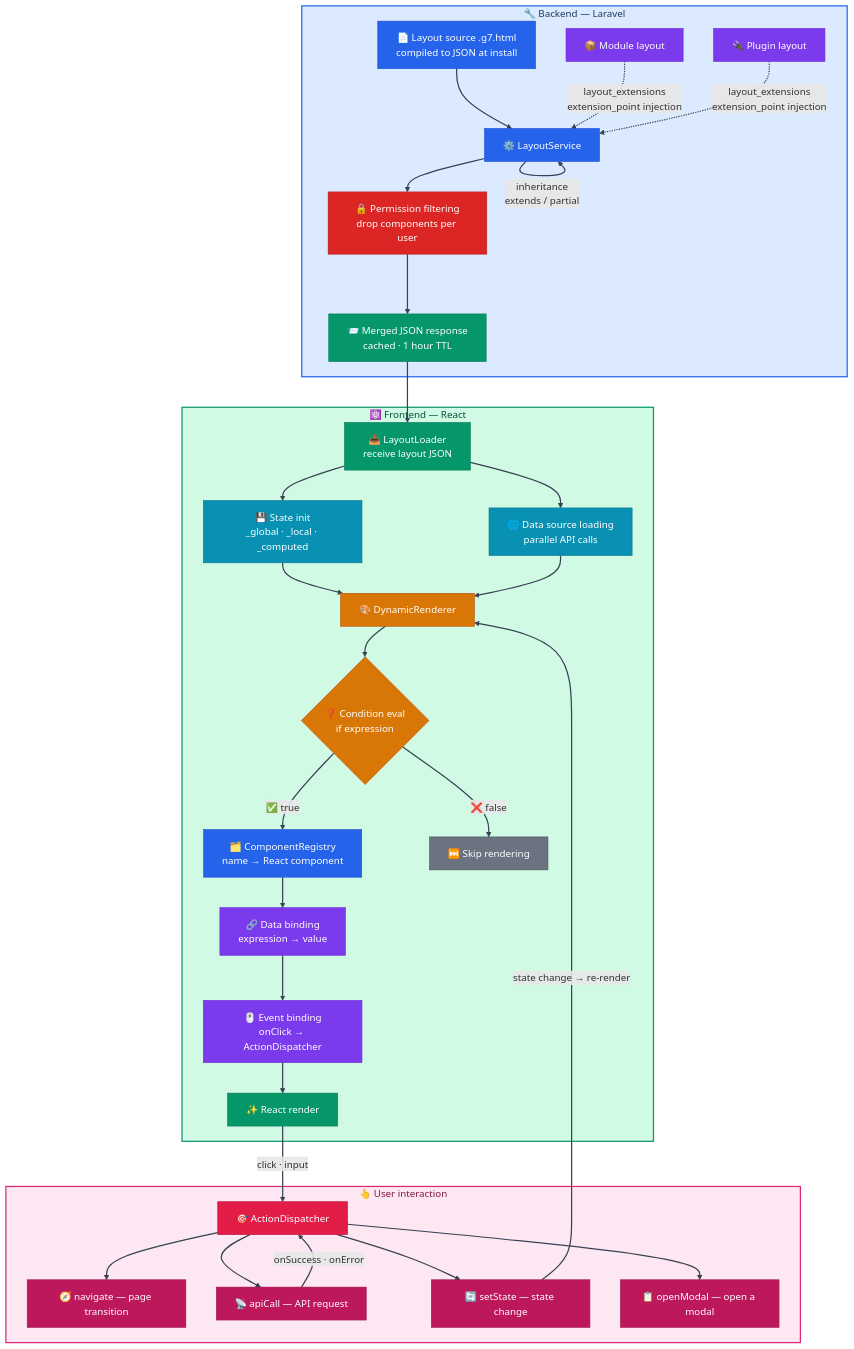
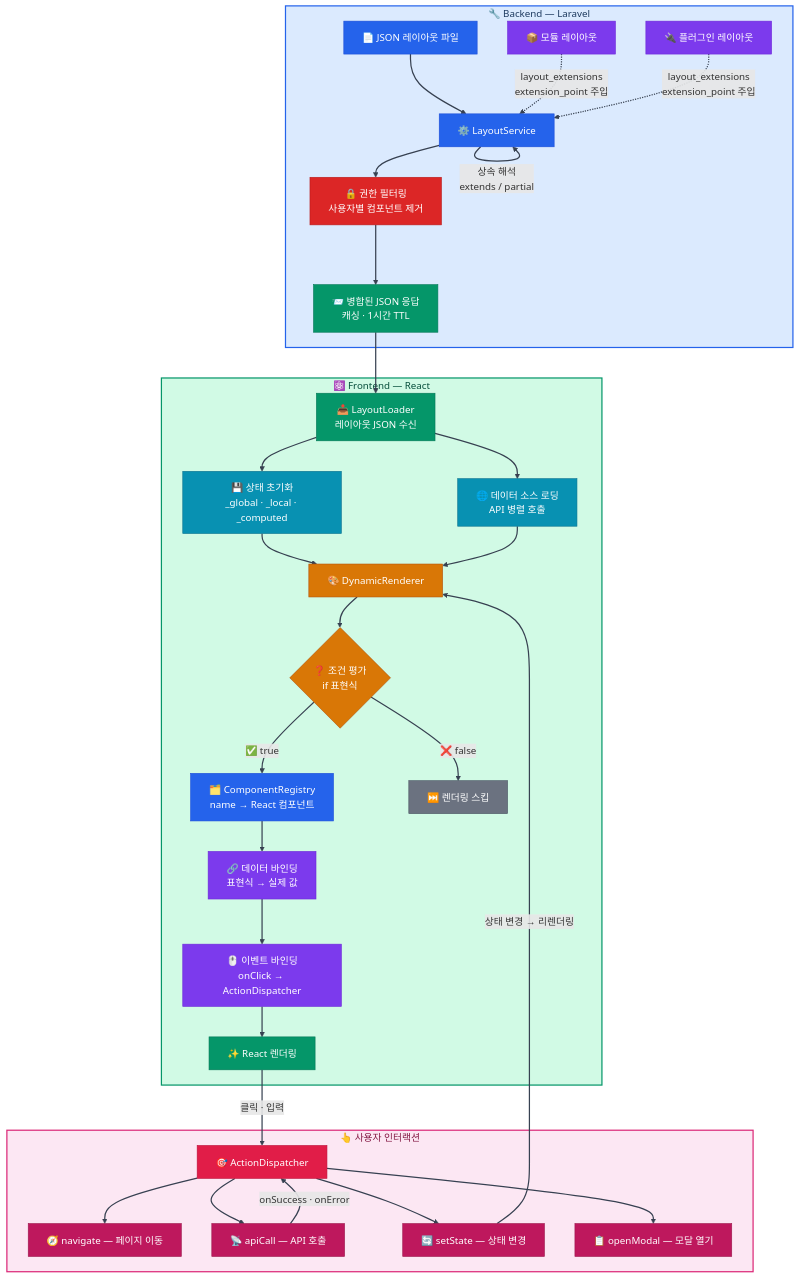
One commit to gnuboard/g7 changed the diagram in README.md. Above: the diagram before and after it, drawn with Mermaid. The commit also changed other lines of this file and 13670 other files, not shown here.

````diff
--- a/README.md
+++ b/README.md
@@ -117,66 +113,66 @@
 ```mermaid
 flowchart TB
     subgraph Backend ["🔧 Backend — Laravel"]
-        A["📄 Layout source .g7.html<br/>compiled to JSON at install"] --> B["⚙️ LayoutService"]
-        B --> |"inheritance<br/>extends / partial"| B
-        M["📦 Module layout"] -.-> |"layout_extensions<br/>extension_point injection"| B
-        P["🔌 Plugin layout"] -.-> |"layout_extensions<br/>extension_point injection"| B
-        B --> C["🔒 Permission filtering<br/>drop components per user"]
-        C --> D["📨 Merged JSON response<br/>cached · 1 hour TTL"]
+        A["📄 JSON 레이아웃 파일"] --> B["⚙️ LayoutService"]
+        B --> |"상속 해석<br/>extends / partial"| B
+        M["📦 모듈 레이아웃"] -.-> |"layout_extensions<br/>extension_point 주입"| B
+        P["🔌 플러그인 레이아웃"] -.-> |"layout_extensions<br/>extension_point 주입"| B
+        B --> C["🔒 권한 필터링<br/>사용자별 컴포넌트 제거"]
+        C --> D["📨 병합된 JSON 응답<br/>캐싱 · 1시간 TTL"]
     end
 
     subgraph Frontend ["⚛️ Frontend — React"]
-        D --> E["📥 LayoutLoader<br/>receive layout JSON"]
-        E --> F["💾 State init<br/>_global · _local · _computed"]
-        E --> G["🌐 Data source loading<br/>parallel API calls"]
+        D --> E["📥 LayoutLoader<br/>레이아웃 JSON 수신"]
+        E --> F["💾 상태 초기화<br/>_global · _local · _computed"]
+        E --> G["🌐 데이터 소스 로딩<br/>API 병렬 호출"]
         F & G --> H["🎨 DynamicRenderer"]
 
-        H --> I{"❓ Condition eval<br/>if expression"}
-        I --> |"✅ true"| J["🗂️ ComponentRegistry<br/>name → React component"]
-        I --> |"❌ false"| K["⏭️ Skip rendering"]
+        H --> I{"❓ 조건 평가<br/>if 표현식"}
+        I --> |"✅ true"| J["🗂️ ComponentRegistry<br/>name → React 컴포넌트"]
+        I --> |"❌ false"| K["⏭️ 렌더링 스킵"]
 
-        J --> L["🔗 Data binding<br/>expression → value"]
-        L --> N["🖱️ Event binding<br/>onClick → ActionDispatcher"]
-        N --> O["✨ React render"]
+        J --> L["🔗 데이터 바인딩<br/>표현식 → 실제 값"]
+        L --> N["🖱️ 이벤트 바인딩<br/>onClick → ActionDispatcher"]
+        N --> O["✨ React 렌더링"]
     end
 
-    subgraph Actions ["👆 User interaction"]
-        O --> |"click · input"| Q["🎯 ActionDispatcher"]
-        Q --> R["🧭 navigate — page transition"]
-        Q --> S["📡 apiCall — API request"]
-        Q --> T["🔄 setState — state change"]
-        Q --> U["📋 openModal — open a modal"]
+    subgraph Actions ["👆 사용자 인터랙션"]
+        O --> |"클릭 · 입력"| Q["🎯 ActionDispatcher"]
+        Q --> R["🧭 navigate — 페이지 이동"]
+        Q --> S["📡 apiCall — API 호출"]
+        Q --> T["🔄 setState — 상태 변경"]
+        Q --> U["📋 openModal — 모달 열기"]
         S --> |"onSuccess · onError"| Q
-        T --> |"state change → re-render"| H
+        T --> |"상태 변경 → 리렌더링"| H
     end
 
     style Backend fill:#dbeafe,stroke:#2563eb,stroke-width:2px,color:#1e3a5f
     style Frontend fill:#d1fae5,stroke:#059669,stroke-width:2px,color:#064e3b
     style Actions fill:#fce7f3,stroke:#db2777,stroke-width:2px,color:#831843
 
     style A fill:#2563eb,stroke:#1d4ed8,color:#fff
     style B fill:#2563eb,stroke:#1d4ed8,color:#fff
     style M fill:#7c3aed,stroke:#6d28d9,color:#fff
     style P fill:#7c3aed,stroke:#6d28d9,color:#fff
     style C fill:#dc2626,stroke:#b91c1c,color:#fff
     style D fill:#059669,stroke:#047857,color:#fff
 
     style E fill:#059669,stroke:#047857,color:#fff
     style F fill:#0891b2,stroke:#0e7490,color:#fff
     style G fill:#0891b2,stroke:#0e7490,color:#fff
     style H fill:#d97706,stroke:#b45309,color:#fff
     style I fill:#d97706,stroke:#b45309,color:#fff
     style J fill:#2563eb,stroke:#1d4ed8,color:#fff
     style K fill:#6b7280,stroke:#4b5563,color:#fff
     style L fill:#7c3aed,stroke:#6d28d9,color:#fff
     style N fill:#7c3aed,stroke:#6d28d9,color:#fff
     style O fill:#059669,stroke:#047857,color:#fff
 
     style Q fill:#e11d48,stroke:#be123c,color:#fff
     style R fill:#be185d,stroke:#9d174d,color:#fff
     style S fill:#be185d,stroke:#9d174d,color:#fff
     style T fill:#be185d,stroke:#9d174d,color:#fff
     style U fill:#be185d,stroke:#9d174d,color:#fff
 
     linkStyle default stroke:#374151,stroke-width:2px
 ```
````
